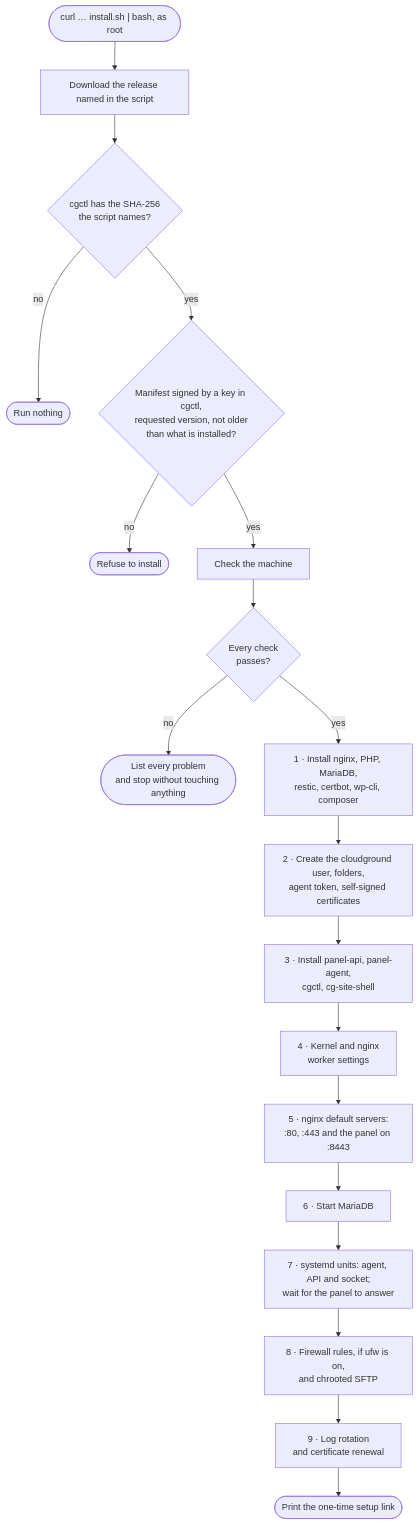
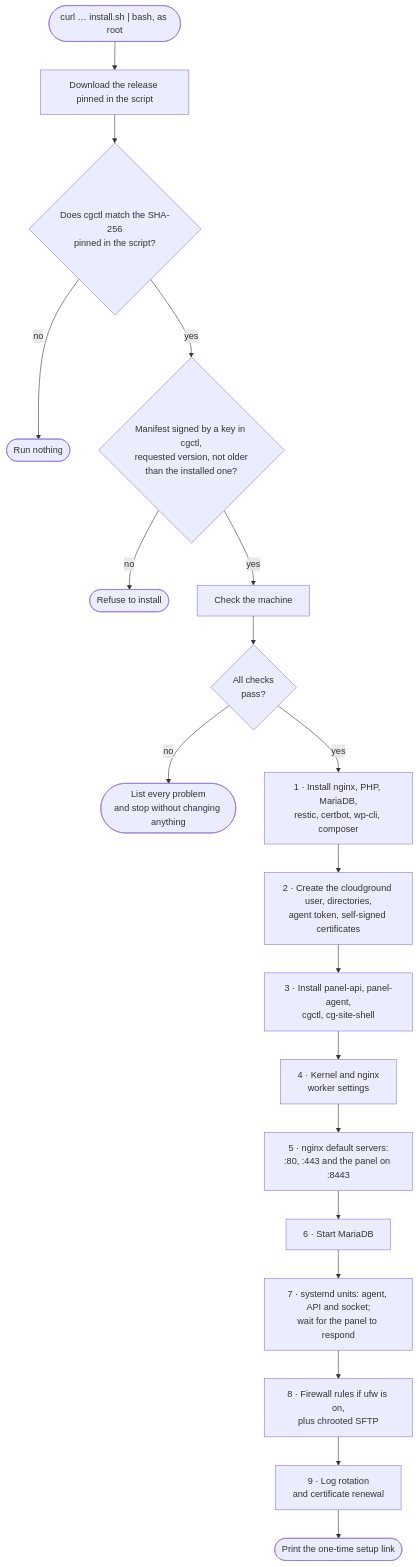
One commit to cloudground-it/cloudground-docs changed the diagram in i18n/en/docusaurus-plugin-content-docs/current/explanation/installation.mdx. Above: the diagram before and after it, drawn with Mermaid. The commit also changed other lines of this file and 21 other files, not shown here.

````diff
--- a/i18n/en/docusaurus-plugin-content-docs/current/explanation/installation.mdx
+++ b/i18n/en/docusaurus-plugin-content-docs/current/explanation/installation.mdx
@@ -18,21 +18,21 @@
 ```mermaid
 flowchart TD
-  start(["curl … install.sh | bash, as root"]) --> dl["Download the release named in the script"]
-  dl --> pin{"cgctl has the SHA-256<br/>the script names?"}
+  start(["curl … install.sh | bash, as root"]) --> dl["Download the release pinned in the script"]
+  dl --> pin{"Does cgctl match the SHA-256<br/>pinned in the script?"}
   pin -- "no" --> refuse(["Run nothing"])
-  pin -- "yes" --> verify{"Manifest signed by a key in cgctl,<br/>requested version, not older<br/>than what is installed?"}
+  pin -- "yes" --> verify{"Manifest signed by a key in cgctl,<br/>requested version, not older<br/>than the installed one?"}
   verify -- "no" --> refuse2(["Refuse to install"])
   verify -- "yes" --> check["Check the machine"]
-  check --> ok{"Every check<br/>passes?"}
-  ok -- "no" --> stop(["List every problem<br/>and stop without touching anything"])
+  check --> ok{"All checks<br/>pass?"}
+  ok -- "no" --> stop(["List every problem<br/>and stop without changing anything"])
   ok -- "yes" --> pkgs["1 · Install nginx, PHP, MariaDB,<br/>restic, certbot, wp-cli, composer"]
-  pkgs --> users["2 · Create the cloudground user, folders,<br/>agent token, self-signed certificates"]
+  pkgs --> users["2 · Create the cloudground user, directories,<br/>agent token, self-signed certificates"]
   users --> bins["3 · Install panel-api, panel-agent,<br/>cgctl, cg-site-shell"]
   bins --> kernel["4 · Kernel and nginx<br/>worker settings"]
   kernel --> nginx["5 · nginx default servers:<br/>:80, :443 and the panel on :8443"]
   nginx --> maria["6 · Start MariaDB"]
-  maria --> svc["7 · systemd units: agent, API and socket;<br/>wait for the panel to answer"]
-  svc --> fw["8 · Firewall rules, if ufw is on,<br/>and chrooted SFTP"]
+  maria --> svc["7 · systemd units: agent, API and socket;<br/>wait for the panel to respond"]
+  svc --> fw["8 · Firewall rules if ufw is on,<br/>plus chrooted SFTP"]
   fw --> rot["9 · Log rotation<br/>and certificate renewal"]
   rot --> link(["Print the one-time setup link"])
 ```
````
